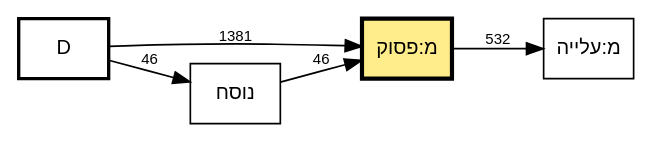
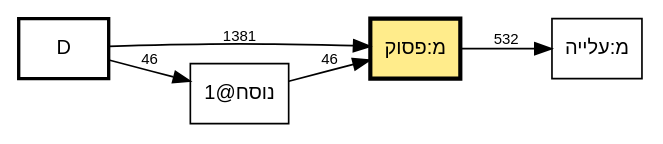
One commit to bdenckla/MAM-basics changed the diagram in out/tmpl-survey-plus/plus-pasuk-call-graph.dot. Above: the diagram before and after it, drawn with Graphviz. The commit also changed 17 other files, not shown here.

```diff
--- a/out/tmpl-survey-plus/plus-pasuk-call-graph.dot
+++ b/out/tmpl-survey-plus/plus-pasuk-call-graph.dot
@@ -1,22 +1,22 @@
 // This file was generated by MAM-basics/py/main_tmpl_survey.py.
 // Do not edit by hand.
 digraph template_call_graph {
     rankdir=LR;
     node [fontname="SBL Hebrew,Helvetica", fontsize=12];
     edge [fontname="Helvetica", fontsize=9];
     graph [comment="This file was generated by MAM-basics/py/main_tmpl_survey.py."];
 
     // Column nodes
     node [shape=box, style=bold];
     "D";
 
     // Template nodes
     node [shape=box, style=""];
     "מ:פסוק" [fillcolor="lightgoldenrod1", style="filled", penwidth=2.5];
 
     // Edges
     "D" -> "מ:פסוק" [label="1381"];
-    "D" -> "נוסח" [label="46"];
+    "D" -> "נוסח@1" [label="46"];
     "מ:פסוק" -> "מ:עלייה" [label="532"];
-    "נוסח" -> "מ:פסוק" [label="46"];
+    "נוסח@1" -> "מ:פסוק" [label="46"];
 }
```
